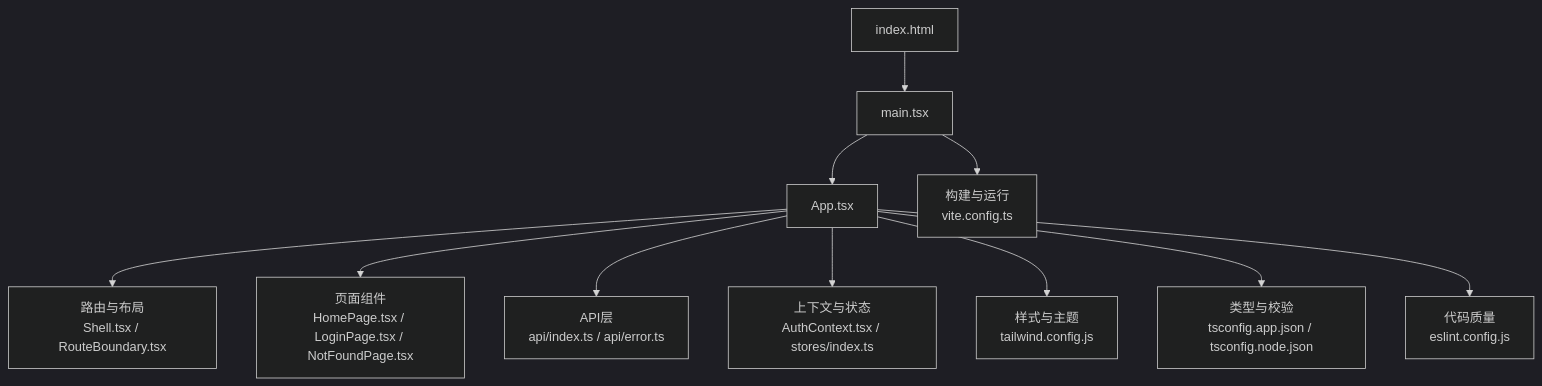
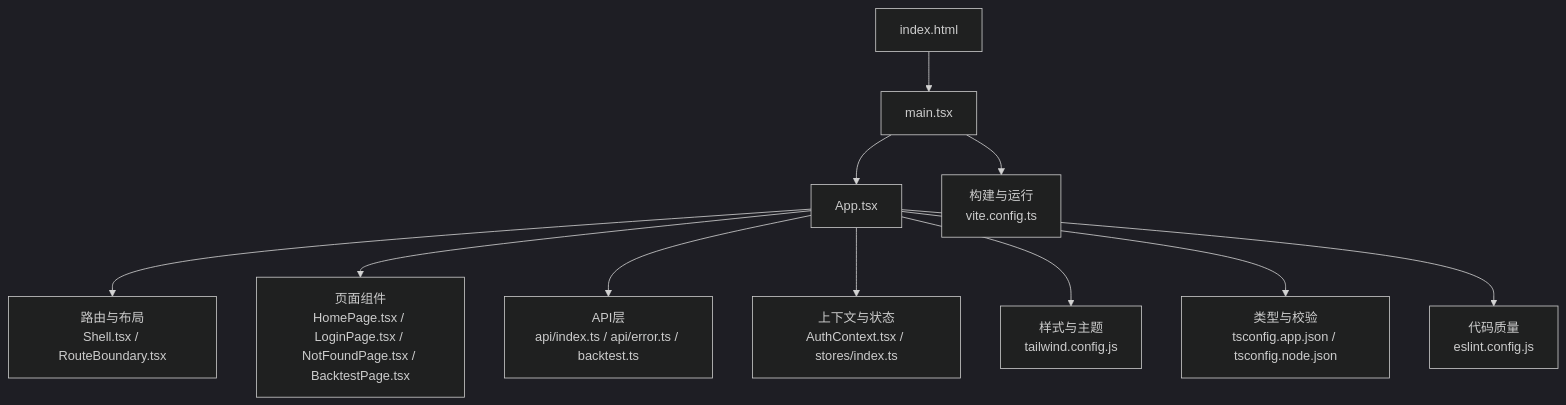
One commit to anYaoooo/daily_stock_analysis changed the first of 9 diagrams in .qoder/repowiki/zh/content/Web前端界面/Web应用架构.md. Above: the diagram before and after it, drawn with Mermaid (dark theme). The commit also changed other lines of this file and 140 other files, not shown here.

````diff
--- a/.qoder/repowiki/zh/content/Web前端界面/Web应用架构.md
+++ b/.qoder/repowiki/zh/content/Web前端界面/Web应用架构.md
@@ -56,13 +68,13 @@
 ```mermaid
 graph TB
 A["index.html"] --> B["main.tsx"]
 B --> C["App.tsx"]
 C --> D["路由与布局<br/>Shell.tsx / RouteBoundary.tsx"]
-C --> E["页面组件<br/>HomePage.tsx / LoginPage.tsx / NotFoundPage.tsx"]
-C --> F["API层<br/>api/index.ts / api/error.ts"]
+C --> E["页面组件<br/>HomePage.tsx / LoginPage.tsx / NotFoundPage.tsx / BacktestPage.tsx"]
+C --> F["API层<br/>api/index.ts / api/error.ts / backtest.ts"]
 C --> G["上下文与状态<br/>AuthContext.tsx / stores/index.ts"]
 C --> H["样式与主题<br/>tailwind.config.js"]
 B --> I["构建与运行<br/>vite.config.ts"]
 C --> J["类型与校验<br/>tsconfig.app.json / tsconfig.node.json"]
 C --> K["代码质量<br/>eslint.config.js"]
 ```
````
